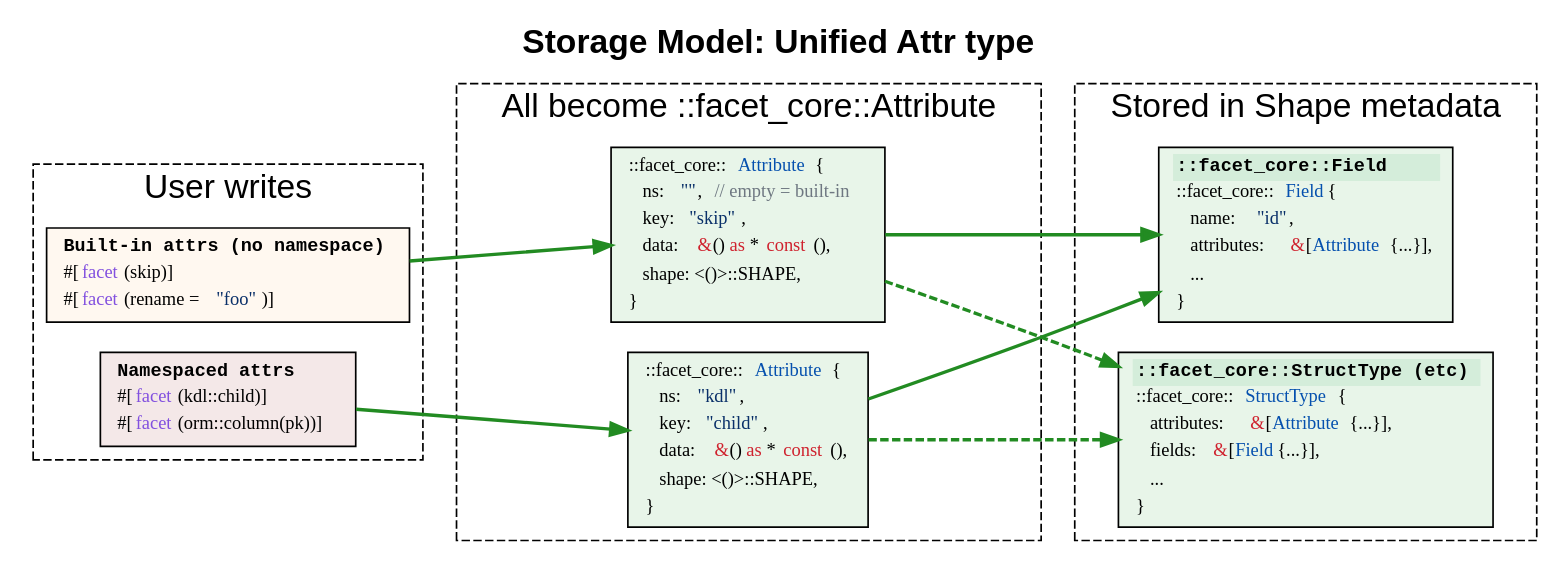
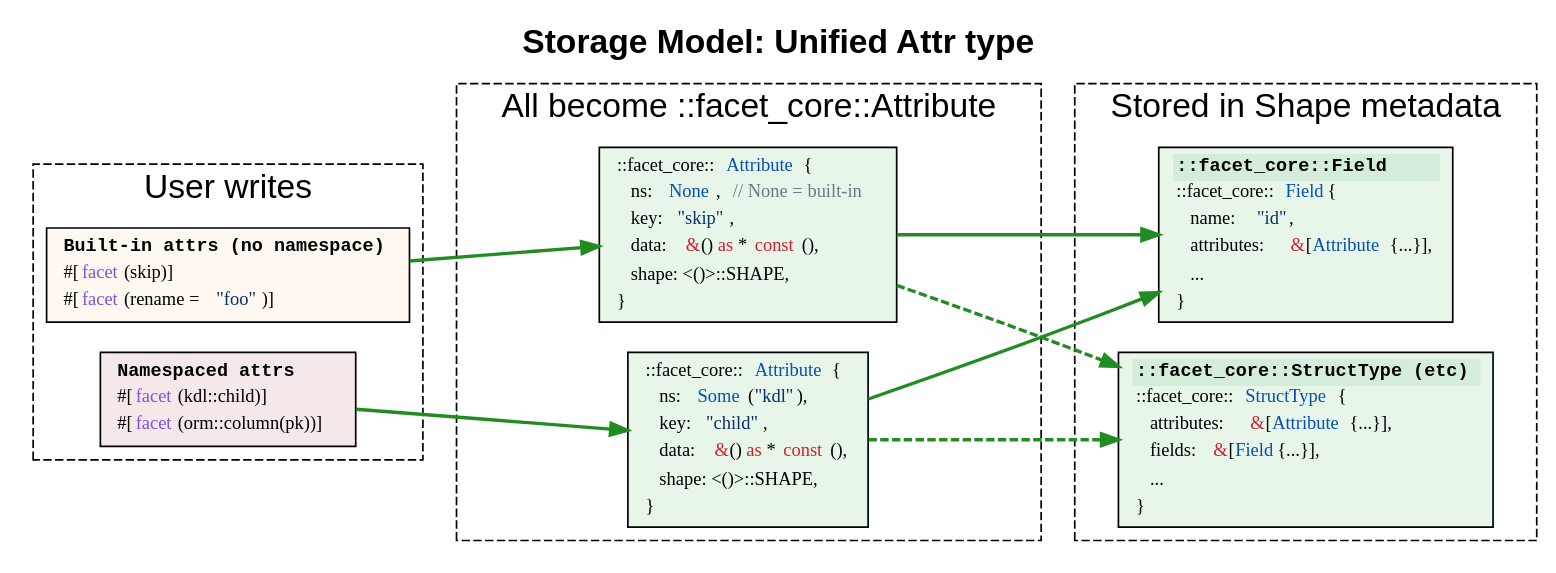
The diagram in drafts/diagrams/04-storage-model.dot (facet-rs/facet), drawn with Graphviz before and after one commit. The commit also changed 150 other files, not shown here.

```diff
--- a/drafts/diagrams/04-storage-model.dot
+++ b/drafts/diagrams/04-storage-model.dot
@@ -1,103 +1,103 @@
 // Storage Model: Unified Attr type
 // Render: dot -Tsvg 04-storage-model.dot -o 04-storage-model.svg
 
 digraph storage_model {
     label="Storage Model: Unified Attr type";
     labelloc="t";
     fontsize=20;
     fontname="Helvetica-Bold";
 
     node [shape=box, fontname="Monaco, Consolas, Courier", fontsize=11];
     edge [fontname="Helvetica", fontsize=10];
 
     rankdir=LR;
 
     // Input attributes
     subgraph cluster_input {
         label="User writes";
         fontname="Helvetica";
         style=dashed;
 
         builtin [label=<
 <table border="0" cellspacing="0" cellpadding="2">
 <tr><td align="left" bgcolor="#fff8f0"><b>Built-in attrs (no namespace)</b></td></tr>
 <tr><td align="left"><font face="Monaco">#[<font color="#8250df">facet</font>(skip)]</font></td></tr>
 <tr><td align="left"><font face="Monaco">#[<font color="#8250df">facet</font>(rename = <font color="#0a3069">"foo"</font>)]</font></td></tr>
 </table>
         >, style=filled, fillcolor="#fff8f0"];
 
         extension [label=<
 <table border="0" cellspacing="0" cellpadding="2">
 <tr><td align="left" bgcolor="#f4e8e8"><b>Namespaced attrs</b></td></tr>
 <tr><td align="left"><font face="Monaco">#[<font color="#8250df">facet</font>(kdl::child)]</font></td></tr>
 <tr><td align="left"><font face="Monaco">#[<font color="#8250df">facet</font>(orm::column(pk))]</font></td></tr>
 </table>
         >, style=filled, fillcolor="#f4e8e8"];
     }
 
     // Output
     subgraph cluster_output {
         label="All become ::facet_core::Attribute";
         fontname="Helvetica";
         style=dashed;
 
         ext1 [label=<
 <table border="0" cellspacing="0" cellpadding="2">
 <tr><td align="left"><font face="Monaco">::facet_core::<font color="#0550ae">Attribute</font> {</font></td></tr>
-<tr><td align="left"><font face="Monaco">    ns: <font color="#0a3069">""</font>,  <font color="#6e7781">// empty = built-in</font></font></td></tr>
+<tr><td align="left"><font face="Monaco">    ns: <font color="#0550ae">None</font>,  <font color="#6e7781">// None = built-in</font></font></td></tr>
 <tr><td align="left"><font face="Monaco">    key: <font color="#0a3069">"skip"</font>,</font></td></tr>
 <tr><td align="left"><font face="Monaco">    data: <font color="#cf222e">&amp;</font>() <font color="#cf222e">as</font> *<font color="#cf222e">const</font> (),</font></td></tr>
 <tr><td align="left"><font face="Monaco">    shape: &lt;()&gt;::SHAPE,</font></td></tr>
 <tr><td align="left"><font face="Monaco">}</font></td></tr>
 </table>
         >, style=filled, fillcolor="#e8f5e9"];
 
         ext2 [label=<
 <table border="0" cellspacing="0" cellpadding="2">
 <tr><td align="left"><font face="Monaco">::facet_core::<font color="#0550ae">Attribute</font> {</font></td></tr>
-<tr><td align="left"><font face="Monaco">    ns: <font color="#0a3069">"kdl"</font>,</font></td></tr>
+<tr><td align="left"><font face="Monaco">    ns: <font color="#0550ae">Some</font>(<font color="#0a3069">"kdl"</font>),</font></td></tr>
 <tr><td align="left"><font face="Monaco">    key: <font color="#0a3069">"child"</font>,</font></td></tr>
 <tr><td align="left"><font face="Monaco">    data: <font color="#cf222e">&amp;</font>() <font color="#cf222e">as</font> *<font color="#cf222e">const</font> (),</font></td></tr>
 <tr><td align="left"><font face="Monaco">    shape: &lt;()&gt;::SHAPE,</font></td></tr>
 <tr><td align="left"><font face="Monaco">}</font></td></tr>
 </table>
         >, style=filled, fillcolor="#e8f5e9"];
     }
 
     // Final storage - show both Field and container
     subgraph cluster_storage {
         label="Stored in Shape metadata";
         fontname="Helvetica";
         style=dashed;
 
         field [label=<
 <table border="0" cellspacing="0" cellpadding="2">
 <tr><td align="left" bgcolor="#d4edda"><b>::facet_core::Field</b></td></tr>
 <tr><td align="left"><font face="Monaco">::facet_core::<font color="#0550ae">Field</font> {</font></td></tr>
 <tr><td align="left"><font face="Monaco">    name: <font color="#0a3069">"id"</font>,</font></td></tr>
 <tr><td align="left"><font face="Monaco">    attributes: <font color="#cf222e">&amp;</font>[<font color="#0550ae">Attribute</font> {...}],</font></td></tr>
 <tr><td align="left"><font face="Monaco">    ...</font></td></tr>
 <tr><td align="left"><font face="Monaco">}</font></td></tr>
 </table>
         >, style=filled, fillcolor="#e8f5e9"];
 
         container [label=<
 <table border="0" cellspacing="0" cellpadding="2">
 <tr><td align="left" bgcolor="#d4edda"><b>::facet_core::StructType (etc)</b></td></tr>
 <tr><td align="left"><font face="Monaco">::facet_core::<font color="#0550ae">StructType</font> {</font></td></tr>
 <tr><td align="left"><font face="Monaco">    attributes: <font color="#cf222e">&amp;</font>[<font color="#0550ae">Attribute</font> {...}],</font></td></tr>
 <tr><td align="left"><font face="Monaco">    fields: <font color="#cf222e">&amp;</font>[<font color="#0550ae">Field</font> {...}],</font></td></tr>
 <tr><td align="left"><font face="Monaco">    ...</font></td></tr>
 <tr><td align="left"><font face="Monaco">}</font></td></tr>
 </table>
         >, style=filled, fillcolor="#e8f5e9"];
     }
 
     // Edges
     builtin -> ext1 [color="#228b22", penwidth=2];
     extension -> ext2 [color="#228b22", penwidth=2];
     ext1 -> field [color="#228b22", penwidth=2];
     ext1 -> container [color="#228b22", penwidth=2, style=dashed];
     ext2 -> field [color="#228b22", penwidth=2];
     ext2 -> container [color="#228b22", penwidth=2, style=dashed];
 }
```
